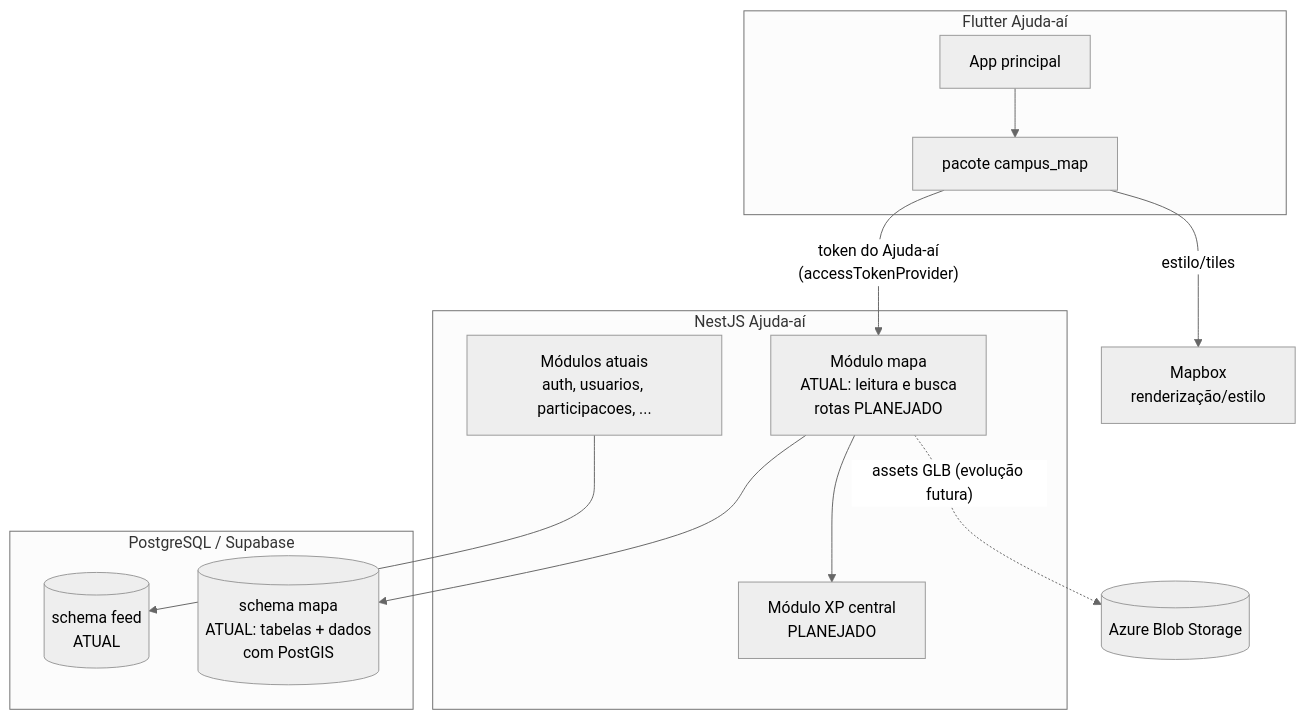
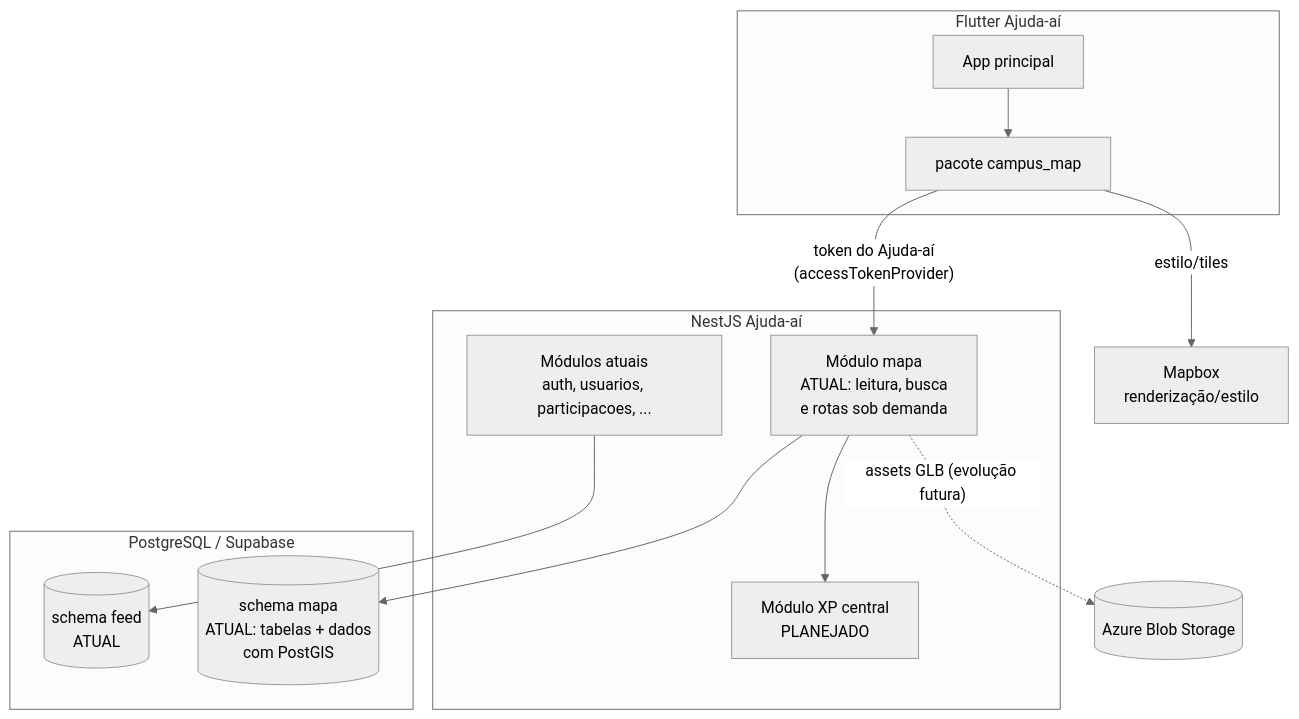
One commit to ICEI-PUC-Minas-PMGES-TI/pmg-es-2026-2-ti5-6904100-ajuda-ai changed the diagram in docs/tecnico/arquitetura.md. Above: the diagram before and after it, drawn with Mermaid (neutral theme). The commit also changed other lines of this file and 40 other files, not shown here.

First line of the commit message:
feat(map): adiciona rotas sob demanda no campus

````diff
--- a/docs/tecnico/arquitetura.md
+++ b/docs/tecnico/arquitetura.md
@@ -54,29 +56,29 @@
 ```mermaid
 flowchart TB
     subgraph Mobile[Flutter Ajuda-aí]
         App[App principal]
         Pkg[pacote campus_map]
         App --> Pkg
     end
 
     subgraph Backend[NestJS Ajuda-aí]
         Core[Módulos atuais\nauth, usuarios, participacoes, ...]
-        MapaMod[Módulo mapa\nATUAL: leitura e busca\nrotas PLANEJADO]
+        MapaMod[Módulo mapa\nATUAL: leitura, busca\ne rotas sob demanda]
         XPMod[Módulo XP central\nPLANEJADO]
     end
 
     subgraph DB[PostgreSQL / Supabase]
         FeedSchema[(schema feed\nATUAL)]
         MapaSchema[(schema mapa\nATUAL: tabelas + dados\ncom PostGIS)]
     end
 
     Azure[(Azure Blob Storage)]
     MapboxSvc[Mapbox\nrenderização/estilo]
 
     Pkg -- "token do Ajuda-aí\n(accessTokenProvider)" --> MapaMod
     Pkg -- "estilo/tiles" --> MapboxSvc
     Core --> FeedSchema
     MapaMod --> MapaSchema
     MapaMod --> XPMod
     MapaMod -. "assets GLB (evolução futura)" .-> Azure
 ```
````
